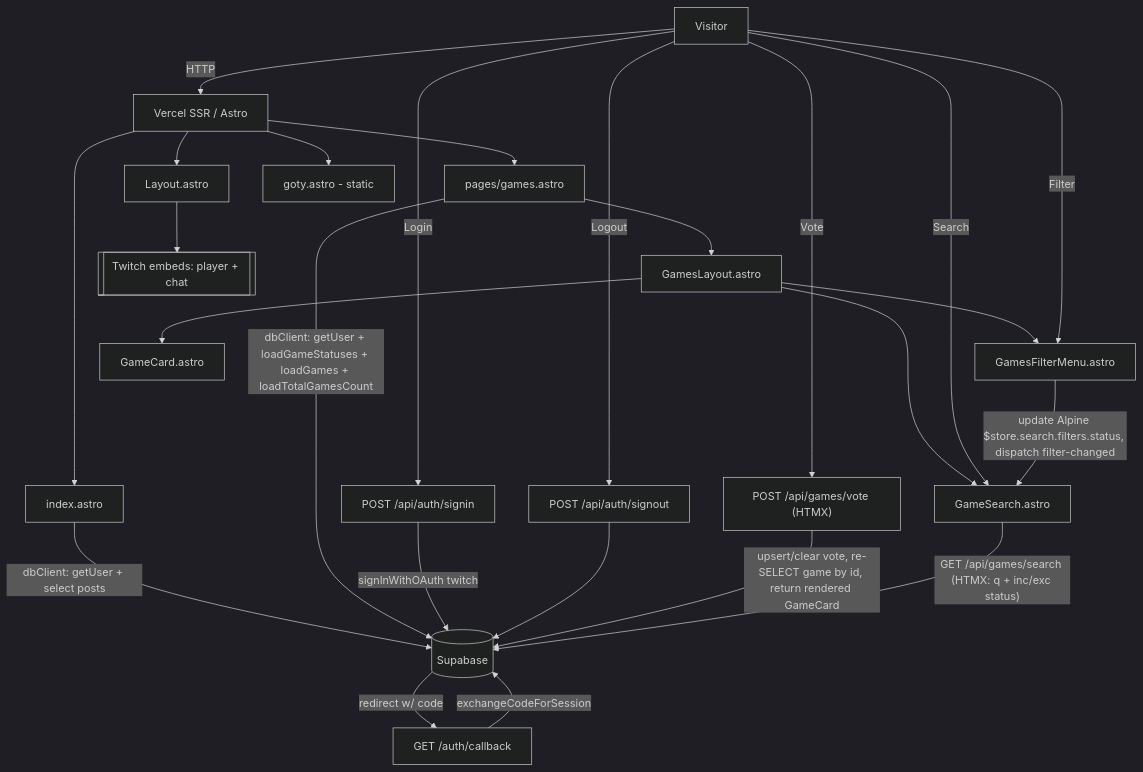
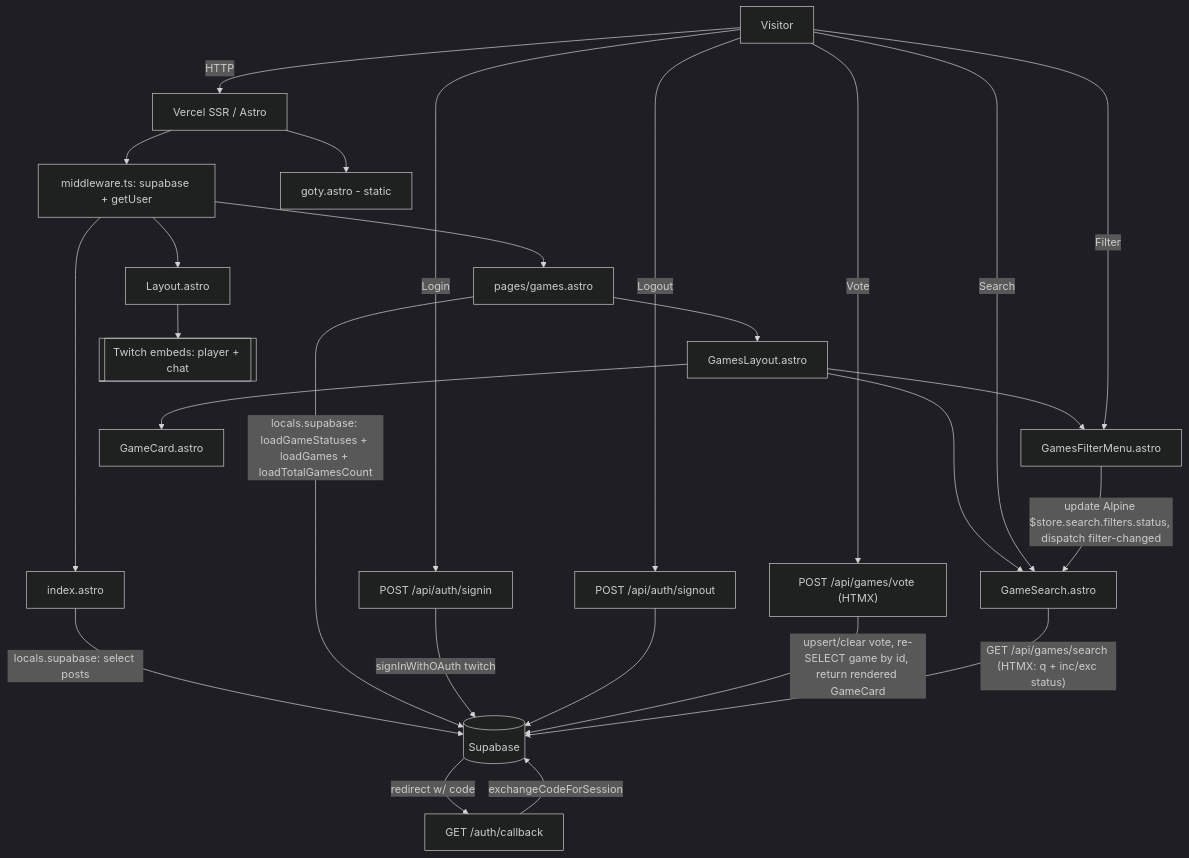
The diagram in ARCHITECTURE.md (danygq/knekro-hub), drawn with Mermaid (dark theme) before and after one commit. The commit also changed other lines of this file and 9 other files, not shown here.

First line of the commit message:
fix(auth): handle invalid refresh tokens via astro middleware and safe cookie store (#41)

````diff
--- a/ARCHITECTURE.md
+++ b/ARCHITECTURE.md
@@ -18,20 +18,21 @@
 ```mermaid
 flowchart TD
     U[Visitor] -->|HTTP| V["Vercel SSR / Astro"]
-    V --> L["Layout.astro"]
-    V --> Pi["index.astro"] -->|" dbClient: getUser + select posts "| SB[(Supabase)]
-    V --> Pg["pages/games.astro"]
-    Pg -->|" dbClient: getUser + loadGameStatuses + loadGames + loadTotalGamesCount "| SB
+    V --> M["middleware.ts: supabase + getUser"]
+    M --> L["Layout.astro"]
+    M --> Pi["index.astro"] -->|" locals.supabase: select posts "| SB[(Supabase)]
+    M --> Pg["pages/games.astro"]
+    Pg -->|" locals.supabase: loadGameStatuses + loadGames + loadTotalGamesCount "| SB
     Pg --> GL["GamesLayout.astro"]
     GL --> GFM["GamesFilterMenu.astro"]
     GL --> GS["GameSearch.astro"]
     GL --> GC["GameCard.astro"]
     V --> Pgo["goty.astro - static"]
     U -->|Login| AS["POST /api/auth/signin"] -->|" signInWithOAuth twitch "| SB
     SB -->|" redirect w/ code "| CB["GET /auth/callback"] -->|exchangeCodeForSession| SB
     U -->|Logout| AO["POST /api/auth/signout"] --> SB
     U -->|Vote| PV["POST /api/games/vote (HTMX)"] -->|" upsert/clear vote, re-SELECT game by id, return rendered GameCard "| SB
     U -->|Search| GS -->|" GET /api/games/search (HTMX: q + inc/exc status) "| SB
     U -->|Filter| GFM -->|" update Alpine $store.search.filters.status, dispatch filter-changed "| GS
     L --> TW[[Twitch embeds: player + chat]]
 ```
````
